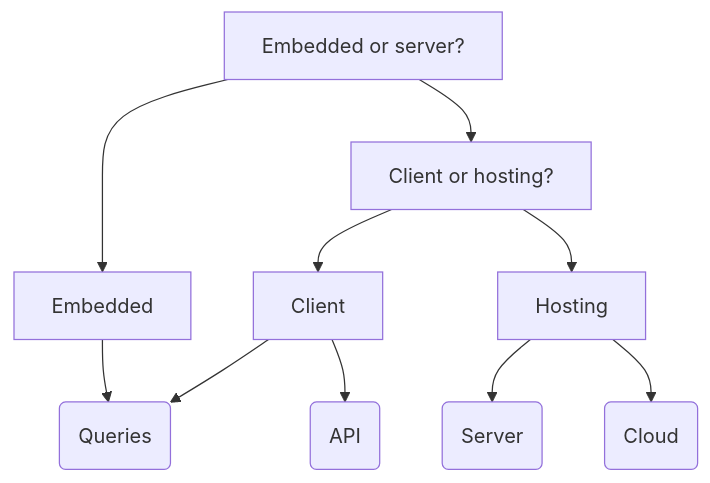
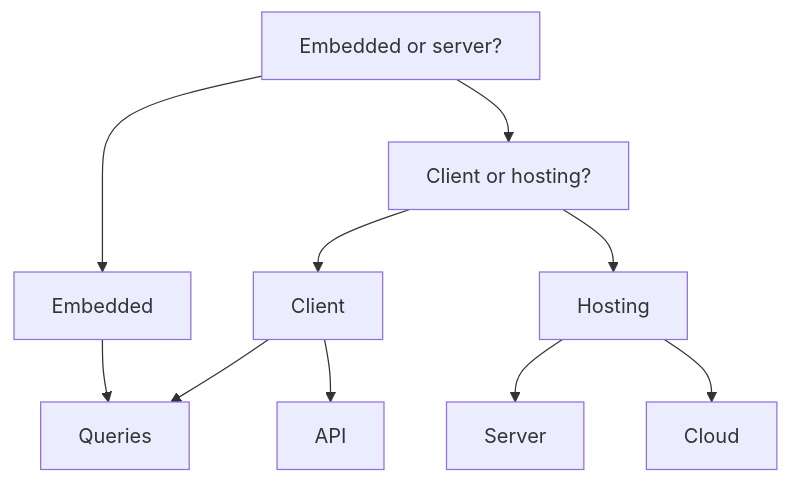
Before and after one commit to agnesoft/agdb: the diagram in README.md, drawn with Mermaid.

````diff
--- a/README.md
+++ b/README.md
@@ -166,12 +166,14 @@
 ```mermaid
 graph TD;
-    A[Embedded or server?] --> B
-    A --> C
-    B[Embedded] --> E(Queries)
-    C[Client or hosting?] --> F
-    C --> G
-    F[Client] --> J(API)
-    F --> E
-    G[Hosting] --> H(Server)
-    G --> I(Cloud)
+    A[Embedded or server?] --> Embedded
+    A --> B[Client or hosting?]
+    Embedded --> Queries
+    B --> Client
+    B --> Hosting
+    Client --> API
+    Client --> Queries
+    Hosting --> Server
+    Hosting --> Cloud
+
+    click Queries "https://github.com/skoblenick/skoblenick/blob/main/docs/api.md" _blank
 ```
````
